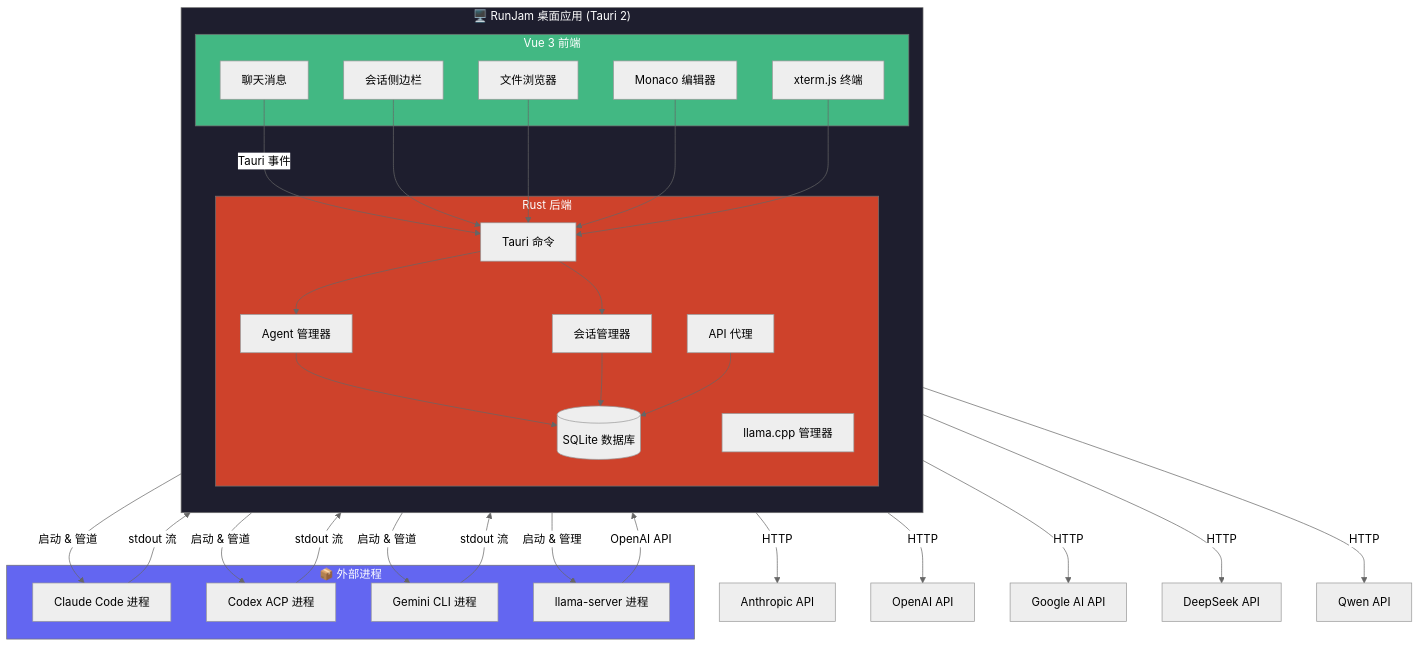
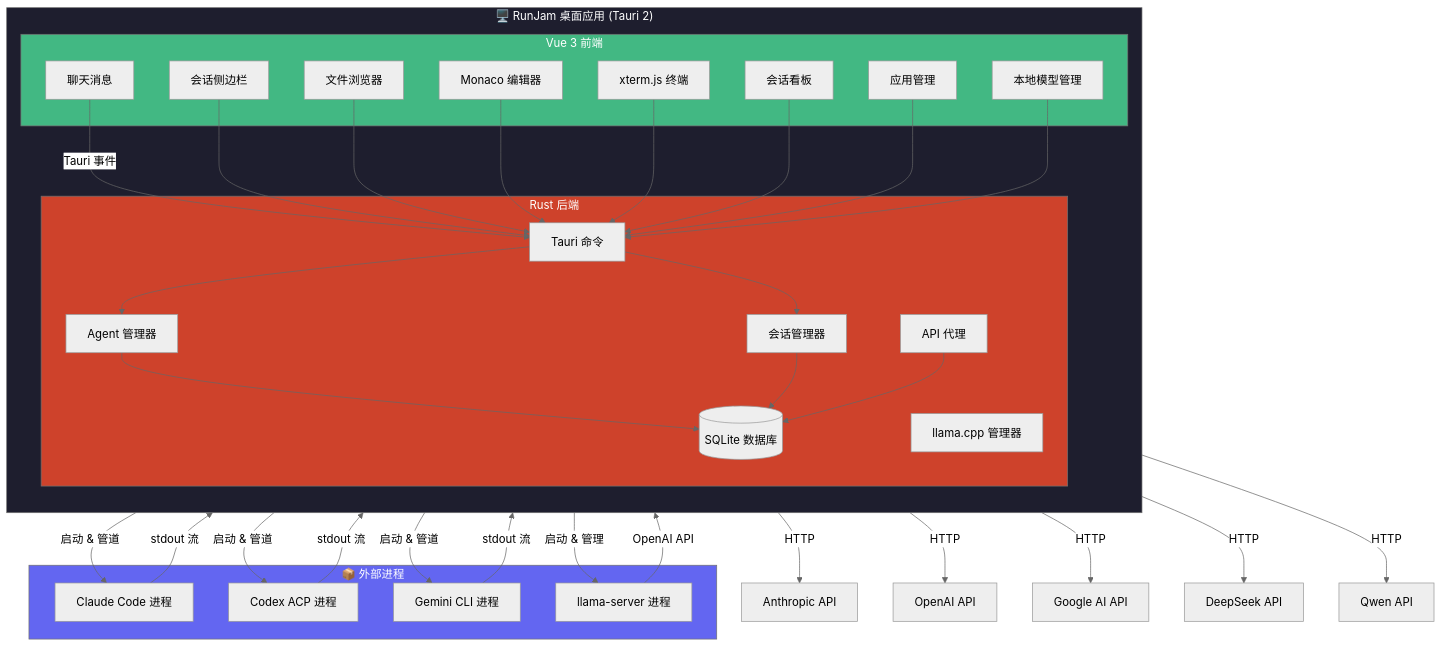
One commit to peintune/runjam changed the second of 2 diagrams in README.zh-CN.md. Above: the diagram before and after it, drawn with Mermaid (neutral theme). The commit also changed other lines of this file and 41 other files, not shown here.

````diff
--- a/README.zh-CN.md
+++ b/README.zh-CN.md
@@ -238,62 +409,68 @@
 ```mermaid
 flowchart TB
     subgraph Desktop["🖥️ RunJam 桌面应用 (Tauri 2)"]
         direction TB
         subgraph Frontend2["Vue 3 前端"]
             Chat[聊天消息]
             Sidebar[会话侧边栏]
             Explorer[文件浏览器]
             Editor[Monaco 编辑器]
             Terminal[xterm.js 终端]
+            Dash2[会话看板]
+            AppMgr[应用管理]
+            LocalMgr[本地模型管理]
         end
 
         subgraph RustBackend["Rust 后端"]
             Cmds[Tauri 命令]
             AgentMgr[Agent 管理器]
             SessionMgr[会话管理器]
             DB[(SQLite 数据库)]
             Proxy2[API 代理]
             LlamaSrv[llama.cpp 管理器]
         end
     end
 
     subgraph Processes["📦 外部进程"]
         ClaudeProc[Claude Code 进程]
         CodexProc[Codex ACP 进程]
         GeminiProc[Gemini CLI 进程]
         LlamaProc[llama-server 进程]
     end
 
     Chat -->|"Tauri 事件"| Cmds
     Sidebar --> Cmds
     Explorer --> Cmds
     Editor --> Cmds
     Terminal --> Cmds
+    Dash2 --> Cmds
+    AppMgr --> Cmds
+    LocalMgr --> Cmds
 
     Cmds --> AgentMgr
     Cmds --> SessionMgr
     AgentMgr --> DB
     SessionMgr --> DB
     Proxy2 --> DB
 
     AgentMgr -->|"启动 & 管道"| ClaudeProc
     AgentMgr -->|"启动 & 管道"| CodexProc
     AgentMgr -->|"启动 & 管道"| GeminiProc
     LlamaSrv -->|"启动 & 管理"| LlamaProc
 
     ClaudeProc -->|"stdout 流"| Proxy2
     CodexProc -->|"stdout 流"| Proxy2
     GeminiProc -->|"stdout 流"| Proxy2
     LlamaProc -->|"OpenAI API"| Proxy2
 
     Proxy2 -->|"HTTP"| AnthropicAPI[Anthropic API]
     Proxy2 -->|"HTTP"| OpenAIAPI[OpenAI API]
     Proxy2 -->|"HTTP"| GoogleAPI[Google AI API]
     Proxy2 -->|"HTTP"| DeepSeekAPI[DeepSeek API]
     Proxy2 -->|"HTTP"| QwenAPI[Qwen API]
 
     style Desktop fill:#1e1e2e,color:#fff
     style Frontend2 fill:#42b883,color:#fff
     style RustBackend fill:#ce422b,color:#fff
     style Processes fill:#6366f1,color:#fff
 ```
````
